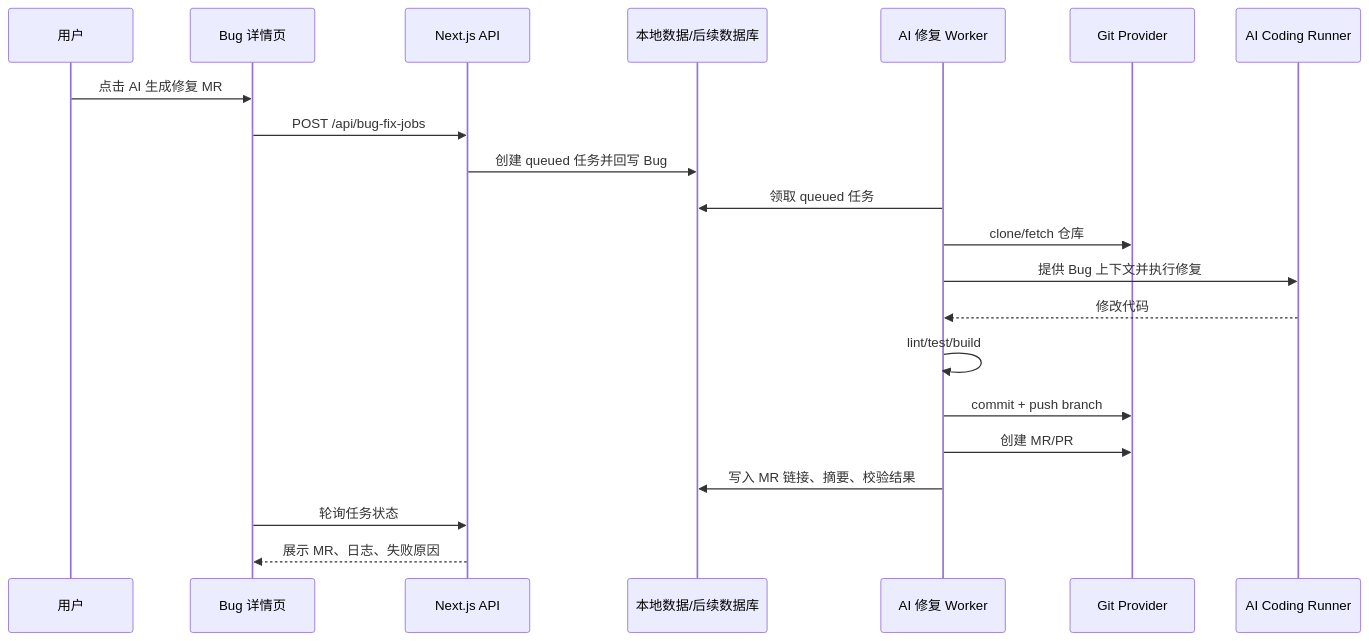
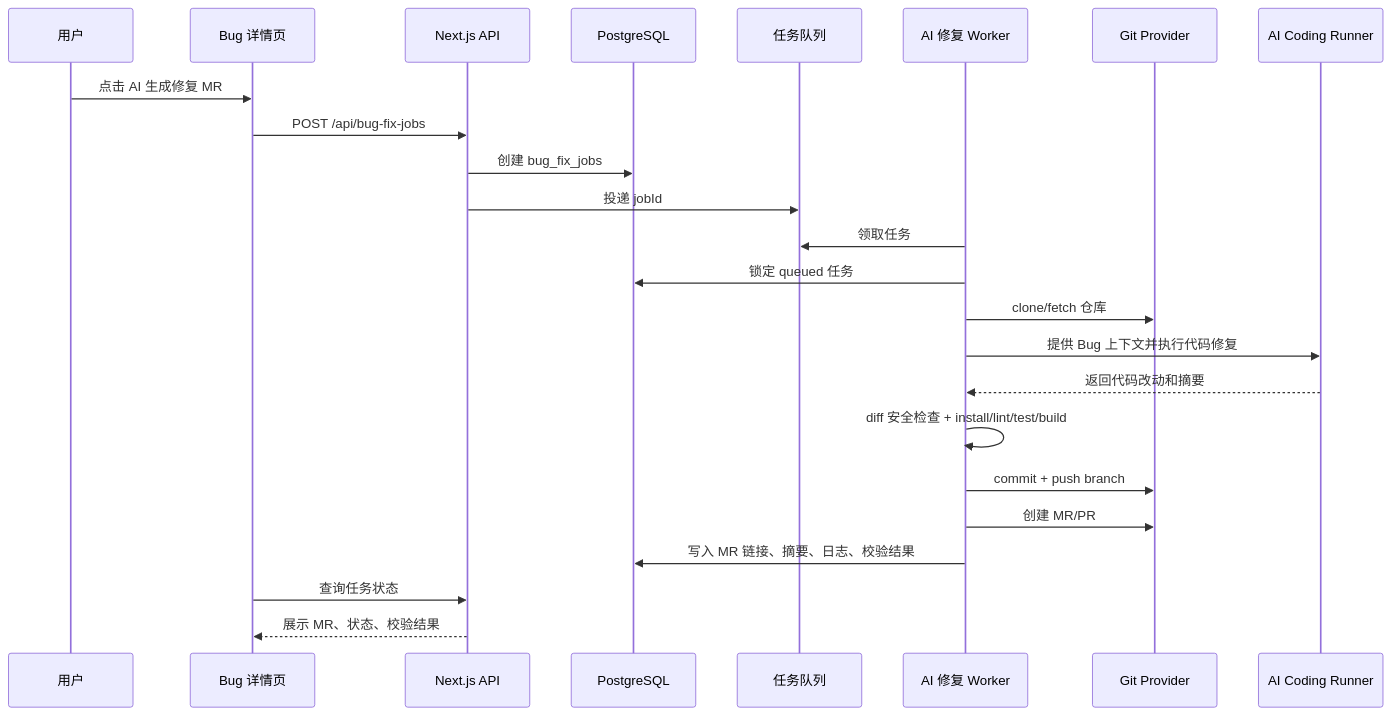
Before and after one commit to liushurui666/ai-pm: the diagram in docs/ai-bug-fix-mr.md, drawn with Mermaid. The commit also changed other lines of this file, not shown here.

````diff
--- a/docs/ai-bug-fix-mr.md
+++ b/docs/ai-bug-fix-mr.md
@@ -35,24 +69,27 @@
 ```mermaid
 sequenceDiagram
   participant User as 用户
   participant UI as Bug 详情页
   participant API as Next.js API
-  participant DB as 本地数据/后续数据库
+  participant DB as PostgreSQL
+  participant Queue as 任务队列
   participant Worker as AI 修复 Worker
   participant Git as Git Provider
   participant AI as AI Coding Runner
 
   User->>UI: 点击 AI 生成修复 MR
   UI->>API: POST /api/bug-fix-jobs
-  API->>DB: 创建 queued 任务并回写 Bug
-  Worker->>DB: 领取 queued 任务
+  API->>DB: 创建 bug_fix_jobs
+  API->>Queue: 投递 jobId
+  Worker->>Queue: 领取任务
+  Worker->>DB: 锁定 queued 任务
   Worker->>Git: clone/fetch 仓库
-  Worker->>AI: 提供 Bug 上下文并执行修复
-  AI-->>Worker: 修改代码
-  Worker->>Worker: lint/test/build
+  Worker->>AI: 提供 Bug 上下文并执行代码修复
+  AI-->>Worker: 返回代码改动和摘要
+  Worker->>Worker: diff 安全检查 + install/lint/test/build
   Worker->>Git: commit + push branch
   Worker->>Git: 创建 MR/PR
-  Worker->>DB: 写入 MR 链接、摘要、校验结果
-  UI->>API: 轮询任务状态
-  API-->>UI: 展示 MR、日志、失败原因
+  Worker->>DB: 写入 MR 链接、摘要、日志、校验结果
+  UI->>API: 查询任务状态
+  API-->>UI: 展示 MR、状态、校验结果
 ```
````
